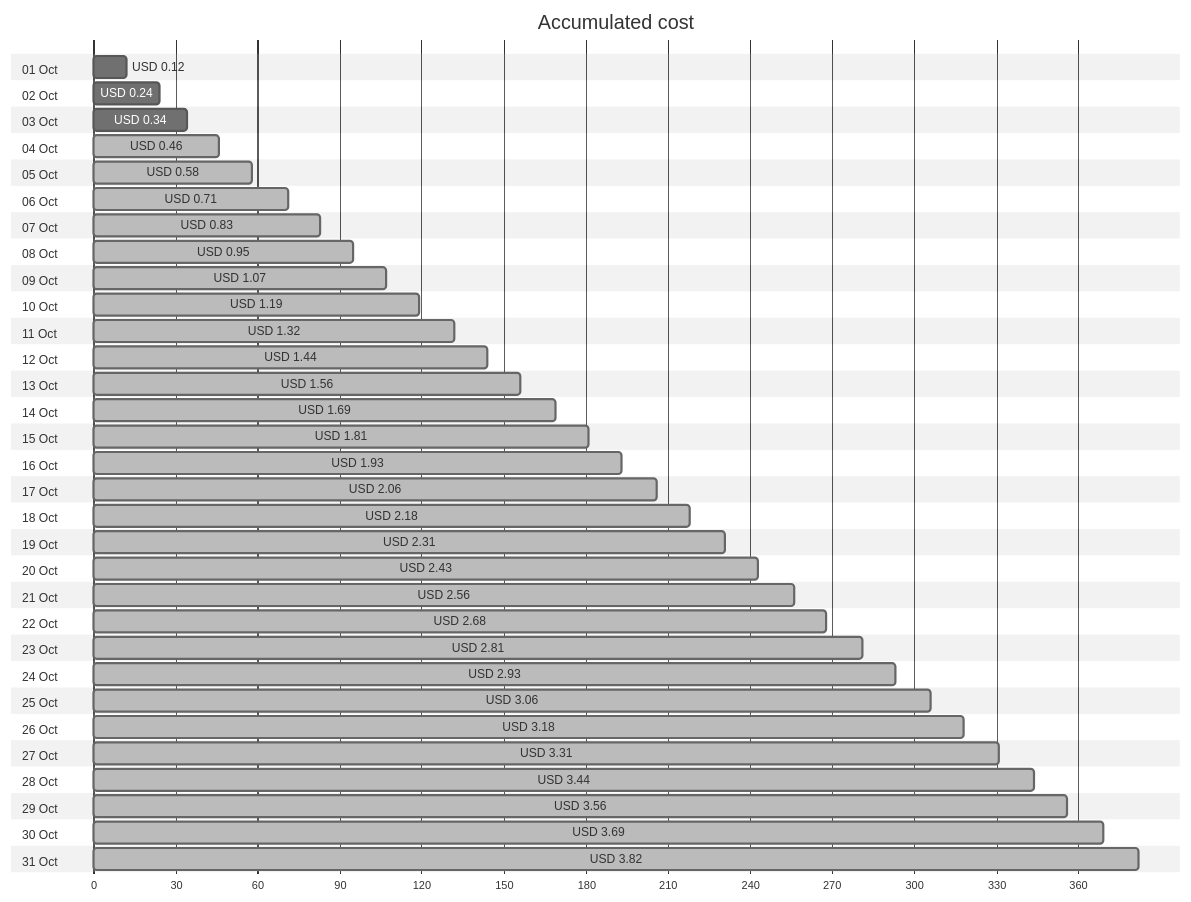
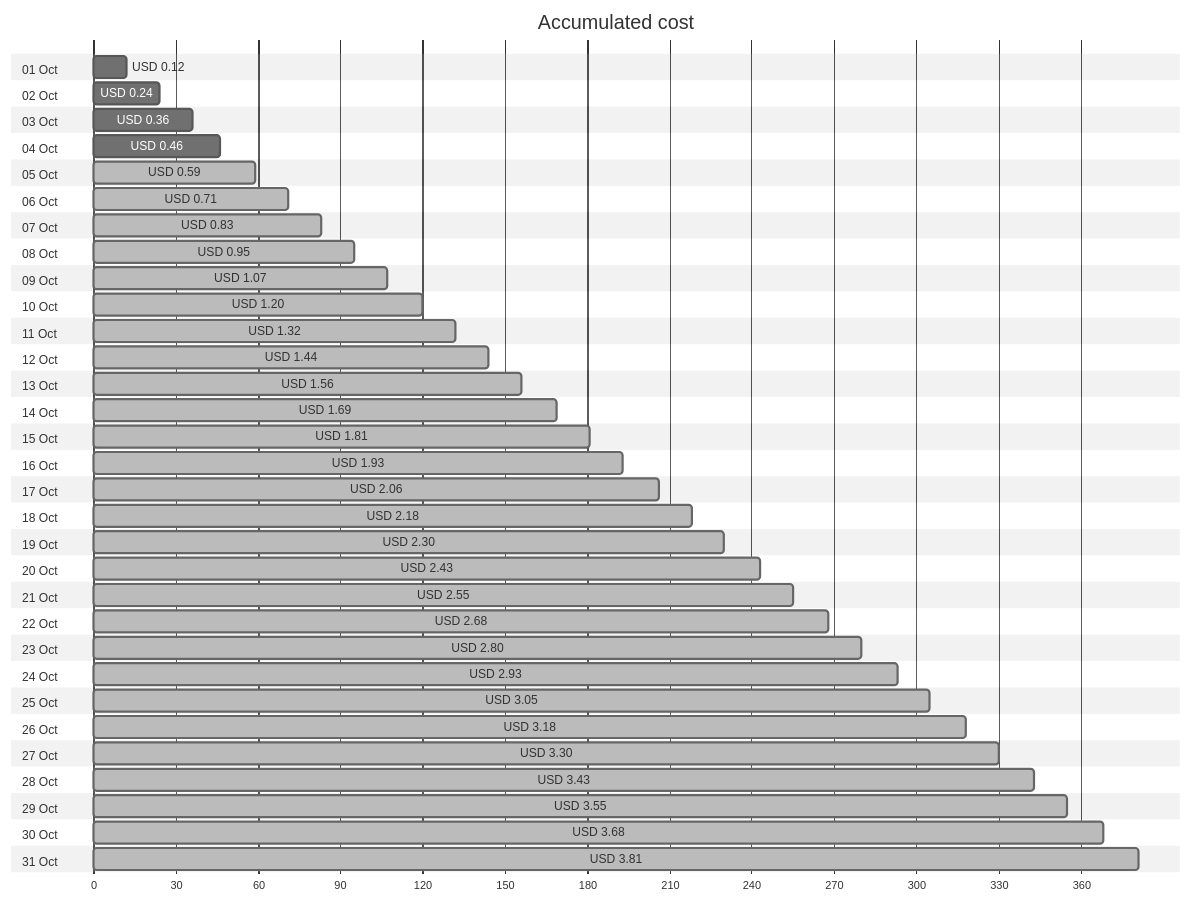
One commit to jpfulton/azure-personal-reports changed the first of 4 diagrams in cost-reports/personal-network/backup-server-public-ip.md. Above: the diagram before and after it, drawn with Mermaid (neutral theme). The commit also changed other lines of this file and 8 other files, not shown here.

````diff
--- a/cost-reports/personal-network/backup-server-public-ip.md
+++ b/cost-reports/personal-network/backup-server-public-ip.md
@@ -20,68 +20,68 @@
 ```mermaid
 gantt
    title Accumulated cost
    dateFormat  X
    axisFormat %s
    section 01 Oct
    USD 0.12 :0, 12
    section 02 Oct
    USD 0.24 :0, 24
    section 03 Oct
-   USD 0.34 :0, 34
+   USD 0.36 :0, 36
    section 04 Oct
-   USD 0.46 : done, 0, 46
+   USD 0.46 :0, 46
    section 05 Oct
-   USD 0.58 : done, 0, 58
+   USD 0.59 : done, 0, 59
    section 06 Oct
    USD 0.71 : done, 0, 71
    section 07 Oct
    USD 0.83 : done, 0, 83
    section 08 Oct
    USD 0.95 : done, 0, 95
    section 09 Oct
    USD 1.07 : done, 0, 107
    section 10 Oct
-   USD 1.19 : done, 0, 119
+   USD 1.20 : done, 0, 120
    section 11 Oct
    USD 1.32 : done, 0, 132
    section 12 Oct
    USD 1.44 : done, 0, 144
    section 13 Oct
    USD 1.56 : done, 0, 156
    section 14 Oct
    USD 1.69 : done, 0, 169
    section 15 Oct
    USD 1.81 : done, 0, 181
    section 16 Oct
    USD 1.93 : done, 0, 193
    section 17 Oct
    USD 2.06 : done, 0, 206
    section 18 Oct
    USD 2.18 : done, 0, 218
    section 19 Oct
-   USD 2.31 : done, 0, 231
+   USD 2.30 : done, 0, 230
    section 20 Oct
    USD 2.43 : done, 0, 243
    section 21 Oct
-   USD 2.56 : done, 0, 256
+   USD 2.55 : done, 0, 255
    section 22 Oct
    USD 2.68 : done, 0, 268
    section 23 Oct
-   USD 2.81 : done, 0, 281
+   USD 2.80 : done, 0, 280
    section 24 Oct
    USD 2.93 : done, 0, 293
    section 25 Oct
-   USD 3.06 : done, 0, 306
+   USD 3.05 : done, 0, 305
    section 26 Oct
    USD 3.18 : done, 0, 318
    section 27 Oct
-   USD 3.31 : done, 0, 331
+   USD 3.30 : done, 0, 330
    section 28 Oct
-   USD 3.44 : done, 0, 344
+   USD 3.43 : done, 0, 343
    section 29 Oct
-   USD 3.56 : done, 0, 356
+   USD 3.55 : done, 0, 355
    section 30 Oct
-   USD 3.69 : done, 0, 369
+   USD 3.68 : done, 0, 368
    section 31 Oct
-   USD 3.82 : done, 0, 382
+   USD 3.81 : done, 0, 381
 ```
````
